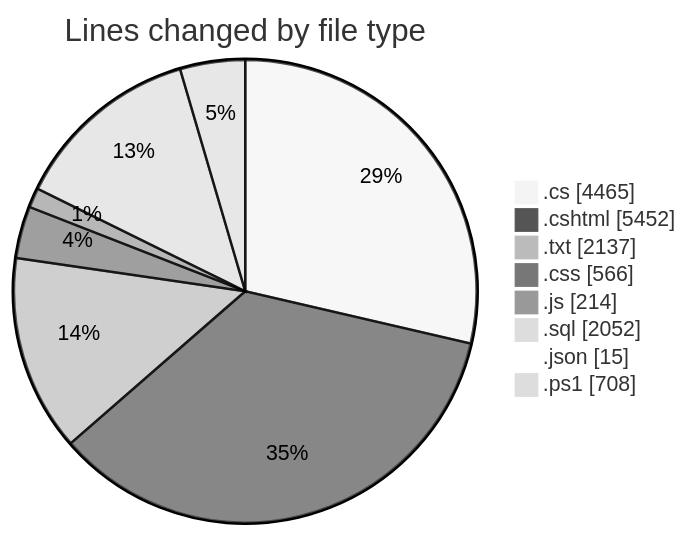
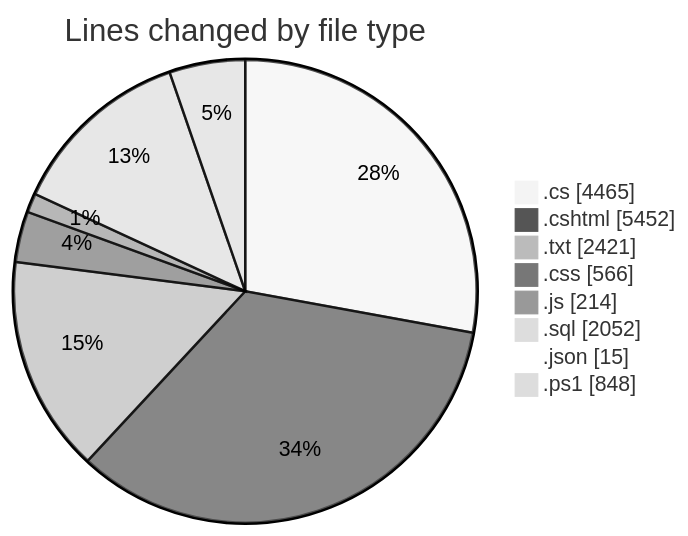
The first of 2 diagrams in 2025-07-28/quanlyrapchieuphim-1/README.md (lephambinh05/code-tracking), drawn with Mermaid (neutral theme) before and after one commit. The commit also changed other lines of this file and 1 other file, not shown here.

````diff
--- a/2025-07-28/quanlyrapchieuphim-1/README.md
+++ b/2025-07-28/quanlyrapchieuphim-1/README.md
@@ -69,12 +69,12 @@
 ```mermaid
 pie showData
 title Lines changed by file type
 ".cs" : 4465
 ".cshtml" : 5452
-".txt" : 2137
+".txt" : 2421
 ".css" : 566
 ".js" : 214
 ".sql" : 2052
 ".json" : 15
-".ps1" : 708
+".ps1" : 848
 ```
````
